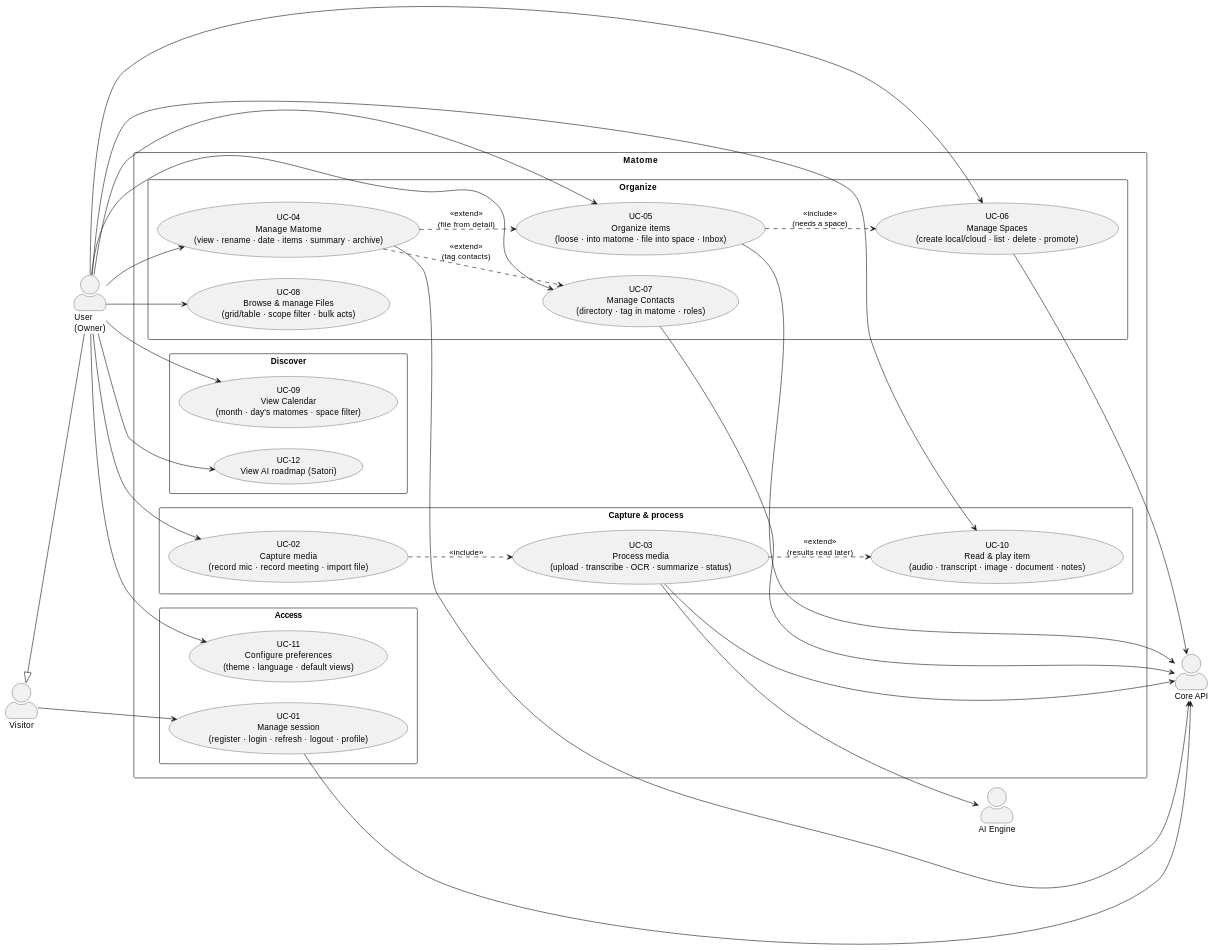
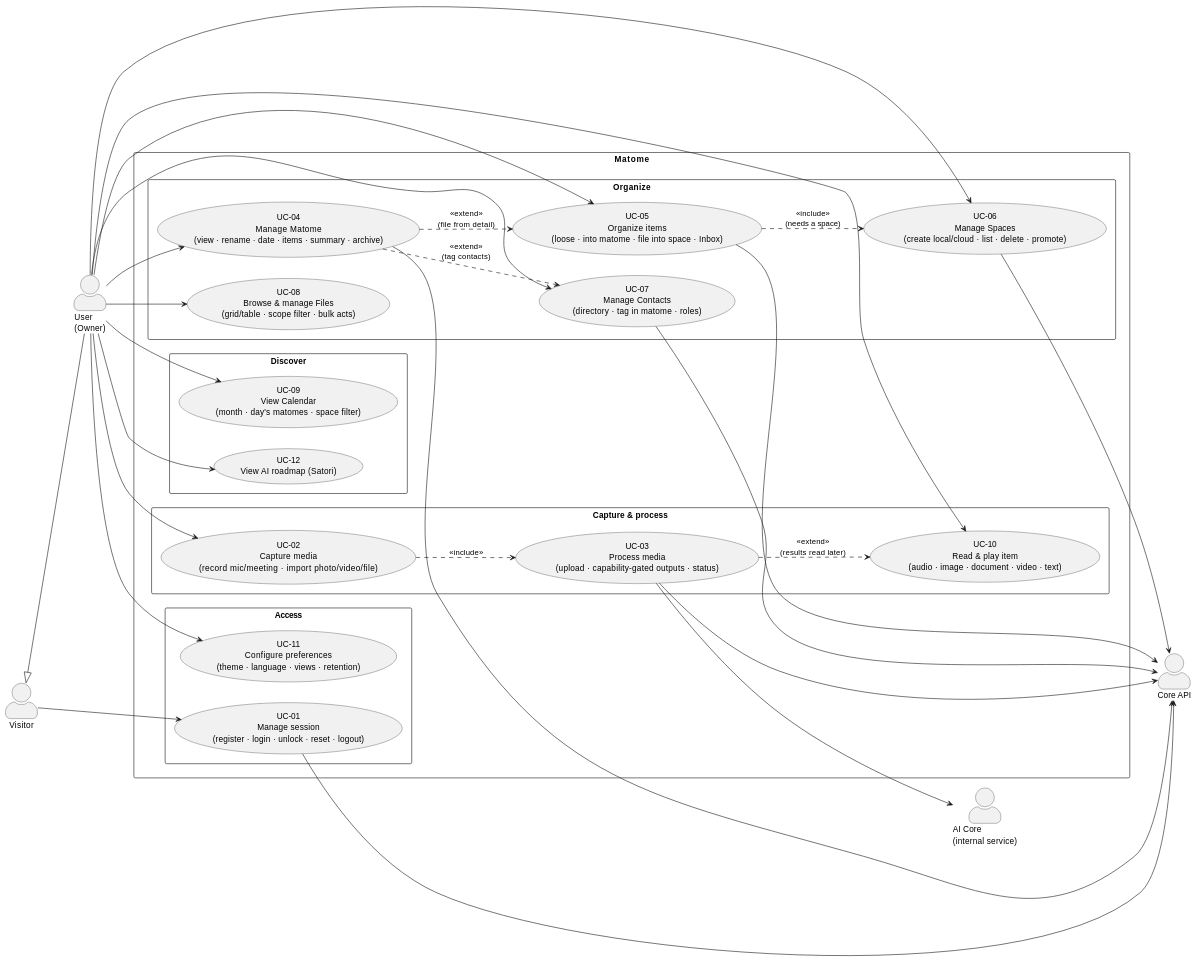
The diagram in .docs/use-cases.md (matome-org/matome-app), drawn with PlantUML before and after one commit. The commit also changed other lines of this file and 17 other files, not shown here.

````diff
--- a/.docs/use-cases.md
+++ b/.docs/use-cases.md
@@ -27,69 +29,69 @@
 ```plantuml
 @startuml matome-use-cases
 left to right direction
 skinparam packageStyle rectangle
 skinparam actorStyle awesome
 
 actor "Visitor" as Visitor
 actor "User\n(Owner)" as User
-actor "AI Engine" as AI
+actor "AI Core\n(internal service)" as AI
 actor "Core API" as Core
 
 Visitor <|-- User
 
 rectangle "Matome" {
 
   package "Access" {
-    usecase "UC-01\nManage session\n(register · login · refresh · logout · profile)" as UC01
-    usecase "UC-11\nConfigure preferences\n(theme · language · default views)" as UC11
+    usecase "UC-01\nManage session\n(register · login · unlock · reset · logout)" as UC01
+    usecase "UC-11\nConfigure preferences\n(theme · language · views · retention)" as UC11
   }
 
   package "Capture & process" {
-    usecase "UC-02\nCapture media\n(record mic · record meeting · import file)" as UC02
-    usecase "UC-03\nProcess media\n(upload · transcribe · OCR · summarize · status)" as UC03
-    usecase "UC-10\nRead & play item\n(audio · transcript · image · document · notes)" as UC10
+    usecase "UC-02\nCapture media\n(record mic/meeting · import photo/video/file)" as UC02
+    usecase "UC-03\nProcess media\n(upload · capability-gated outputs · status)" as UC03
+    usecase "UC-10\nRead & play item\n(audio · image · document · video · text)" as UC10
   }
 
   package "Organize" {
     usecase "UC-04\nManage Matome\n(view · rename · date · items · summary · archive)" as UC04
     usecase "UC-05\nOrganize items\n(loose · into matome · file into space · Inbox)" as UC05
     usecase "UC-06\nManage Spaces\n(create local/cloud · list · delete · promote)" as UC06
     usecase "UC-07\nManage Contacts\n(directory · tag in matome · roles)" as UC07
     usecase "UC-08\nBrowse & manage Files\n(grid/table · scope filter · bulk acts)" as UC08
   }
 
   package "Discover" {
     usecase "UC-09\nView Calendar\n(month · day's matomes · space filter)" as UC09
     usecase "UC-12\nView AI roadmap (Satori)" as UC12
   }
 }
 
 Visitor --> UC01
 
 User --> UC02
 User --> UC04
 User --> UC05
 User --> UC06
 User --> UC07
 User --> UC08
 User --> UC09
 User --> UC10
 User --> UC11
 User --> UC12
 
 UC02 ..> UC03 : <<include>>
 UC03 ..> UC10 : <<extend>>\n(results read later)
 UC04 ..> UC05 : <<extend>>\n(file from detail)
 UC05 ..> UC06 : <<include>>\n(needs a space)
 UC04 ..> UC07 : <<extend>>\n(tag contacts)
 
 UC03 --> Core
 UC03 --> AI
 UC01 --> Core
 UC04 --> Core
 UC05 --> Core
 UC06 --> Core
 UC07 --> Core
 
 @enduml
 ```
````
